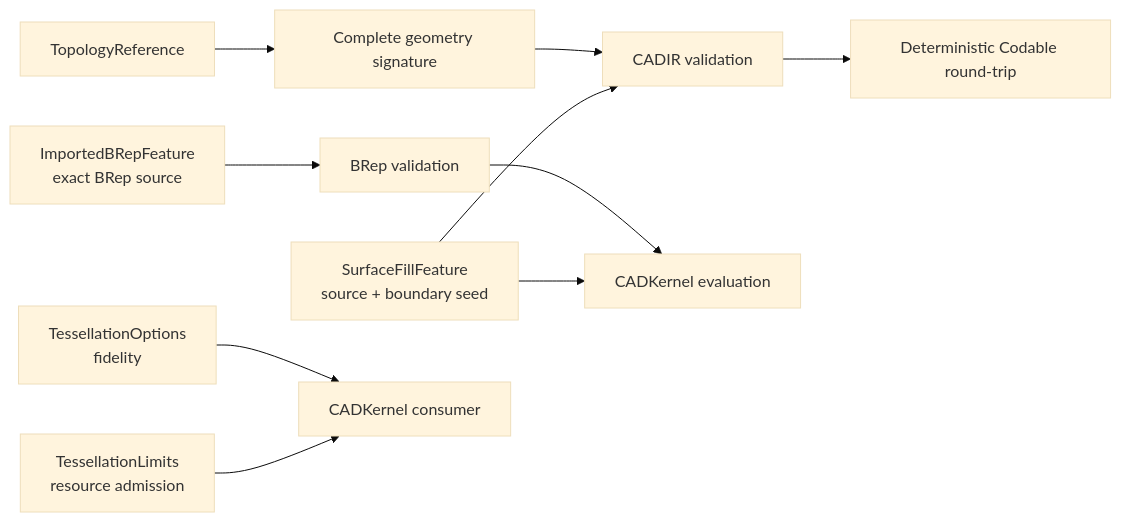
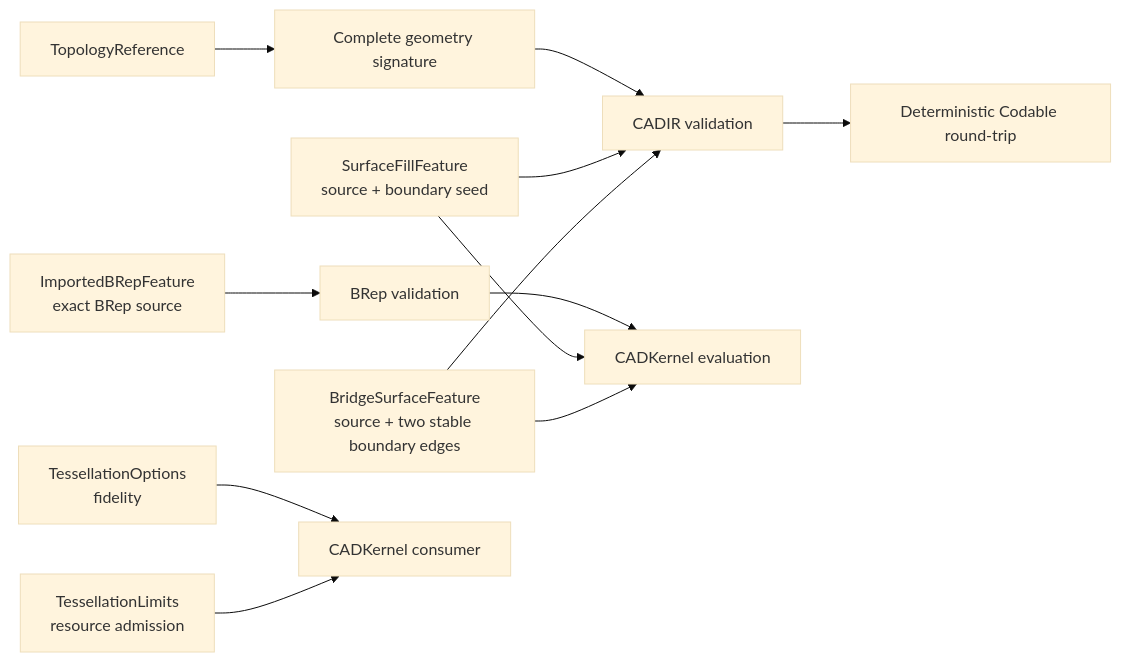
The diagram in Sources/CADIR/DESIGN.md (1amageek/swift-CAD), drawn with Mermaid (base theme) before and after one commit. The commit also changed other lines of this file and 13 other files, not shown here.

````diff
--- a/Sources/CADIR/DESIGN.md
+++ b/Sources/CADIR/DESIGN.md
@@ -54,12 +54,14 @@
 ```mermaid
 flowchart LR
     Topology["TopologyReference"] --> Signature["Complete geometry signature"]
     Signature --> Validate["CADIR validation"]
     Validate --> Codable["Deterministic Codable round-trip"]
     Imported["ImportedBRepFeature\nexact BRep source"] --> ValidateBRep["BRep validation"]
     ValidateBRep --> KernelEvaluate["CADKernel evaluation"]
     SurfaceFill["SurfaceFillFeature\nsource + boundary seed"] --> Validate
     SurfaceFill --> KernelEvaluate
+    Bridge["BridgeSurfaceFeature\nsource + two stable boundary edges"] --> Validate
+    Bridge --> KernelEvaluate
     Fidelity["TessellationOptions\nfidelity"] --> Kernel["CADKernel consumer"]
     Limits["TessellationLimits\nresource admission"] --> Kernel
 ```
````
